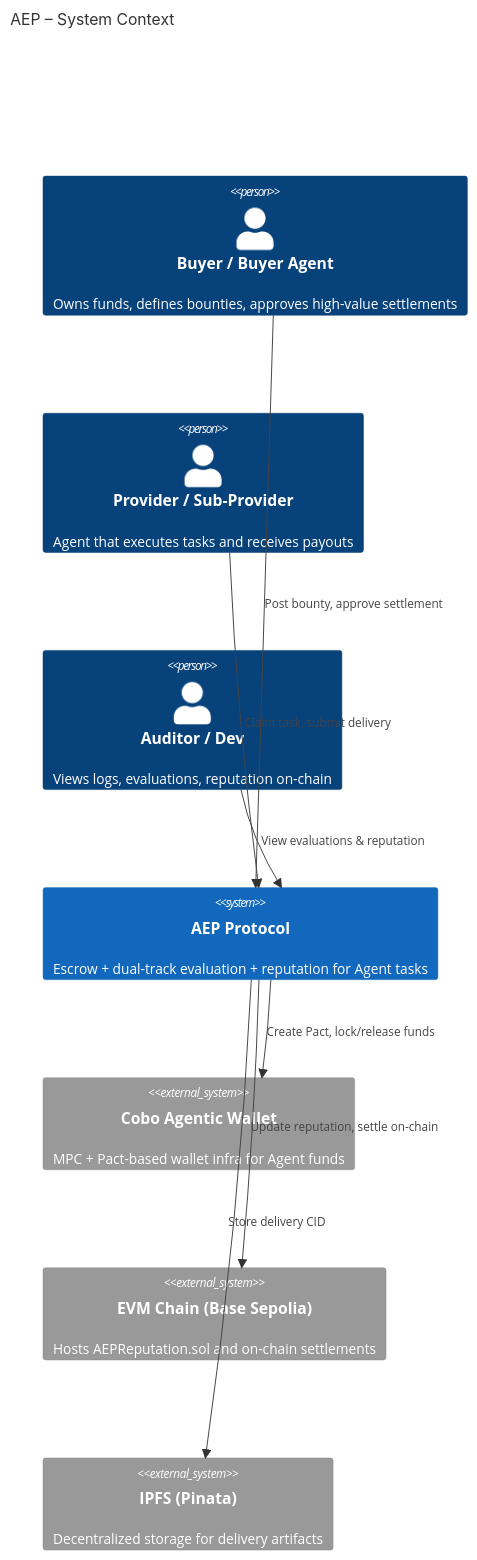
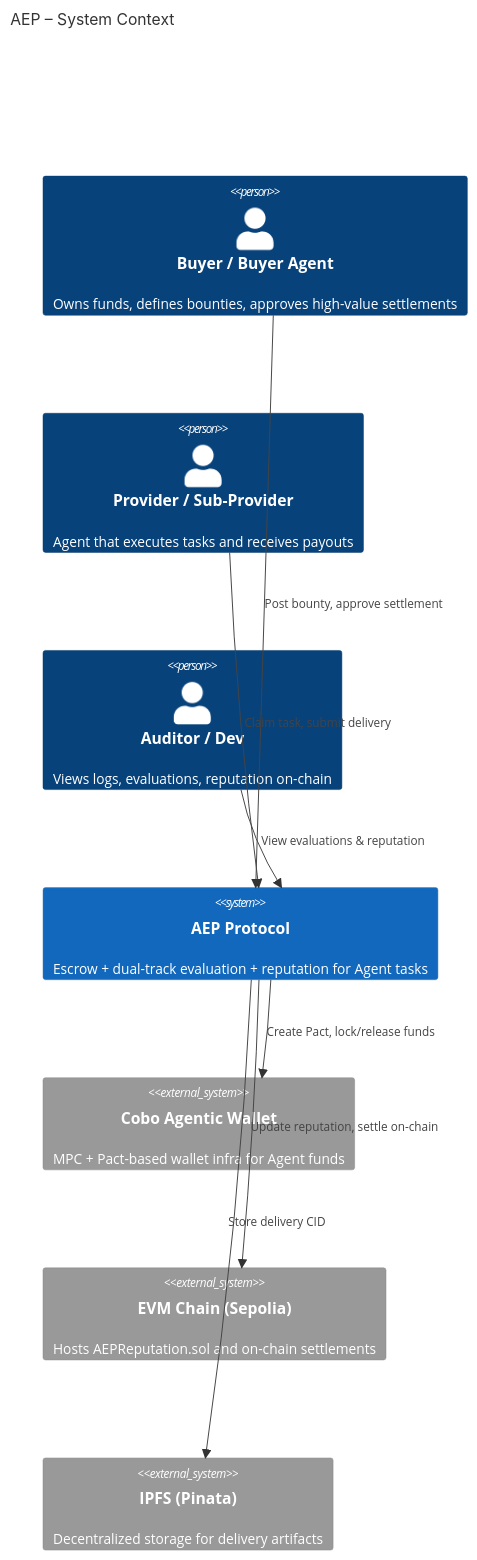
One commit to zane199109/AEP-Hackathon changed the first of 3 diagrams in README.md. Above: the diagram before and after it, drawn with Mermaid. The commit also changed other lines of this file and 34 other files, not shown here.

Commit message:
AEP demo submission: multi-agent escrow flow + verification report

````diff
--- a/README.md
+++ b/README.md
@@ -21,17 +21,17 @@
 ```mermaid
 C4Context
   title AEP – System Context
   Person(buyer, "Buyer / Buyer Agent", "Owns funds, defines bounties, approves high-value settlements")
   Person(provider, "Provider / Sub-Provider", "Agent that executes tasks and receives payouts")
   Person(auditor, "Auditor / Dev", "Views logs, evaluations, reputation on-chain")
   System(aep, "AEP Protocol", "Escrow + dual-track evaluation + reputation for Agent tasks")
   System_Ext(caw, "Cobo Agentic Wallet", "MPC + Pact-based wallet infra for Agent funds")
-  System_Ext(chain, "EVM Chain (Base Sepolia)", "Hosts AEPReputation.sol and on-chain settlements")
+  System_Ext(chain, "EVM Chain (Sepolia)", "Hosts AEPReputation.sol and on-chain settlements")
   System_Ext(ipfs, "IPFS (Pinata)", "Decentralized storage for delivery artifacts")
   Rel(buyer, aep, "Post bounty, approve settlement")
   Rel(provider, aep, "Claim task, submit delivery")
   Rel(auditor, aep, "View evaluations & reputation")
   Rel(aep, caw, "Create Pact, lock/release funds")
   Rel(aep, chain, "Update reputation, settle on-chain")
   Rel(aep, ipfs, "Store delivery CID")
 ```
````
